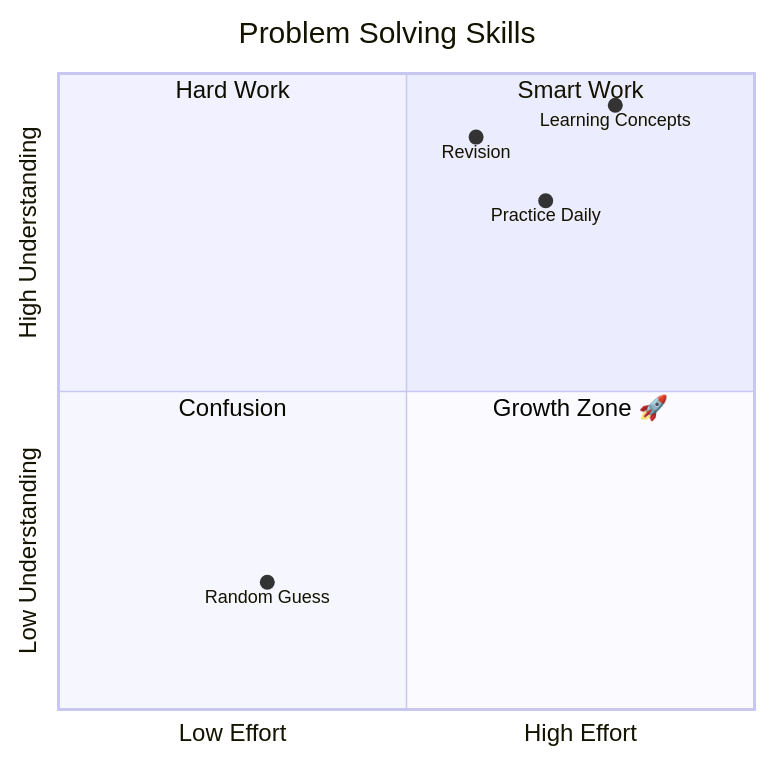
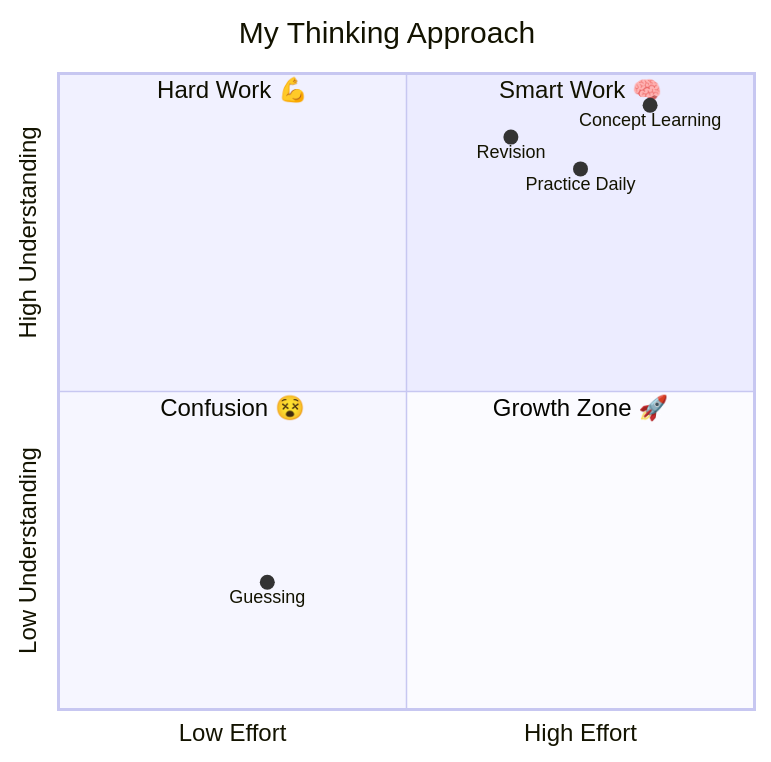
One commit to simranmaran/Leetcode-Practice changed the second of 4 diagrams in README.md. Above: the diagram before and after it, drawn with Mermaid. The commit also changed other lines of this file, not shown here.

````diff
--- a/README.md
+++ b/README.md
@@ -23,14 +29,14 @@
 ```mermaid
 quadrantChart
-    title Problem Solving Skills
+    title My Thinking Approach
     x-axis Low Effort --> High Effort
     y-axis Low Understanding --> High Understanding
-    quadrant-1 Smart Work
-    quadrant-2 Hard Work
-    quadrant-3 Confusion
+    quadrant-1 Smart Work 🧠
+    quadrant-2 Hard Work 💪
+    quadrant-3 Confusion 😵
     quadrant-4 Growth Zone 🚀
-    Practice Daily: [0.7, 0.8]
-    Revision: [0.6, 0.9]
-    Random Guess: [0.3, 0.2]
-    Learning Concepts: [0.8, 0.95]
+    Practice Daily: [0.75, 0.85]
+    Revision: [0.65, 0.9]
+    Guessing: [0.3, 0.2]
+    Concept Learning: [0.85, 0.95]
 ```
````
